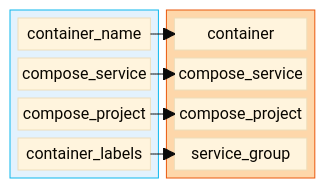
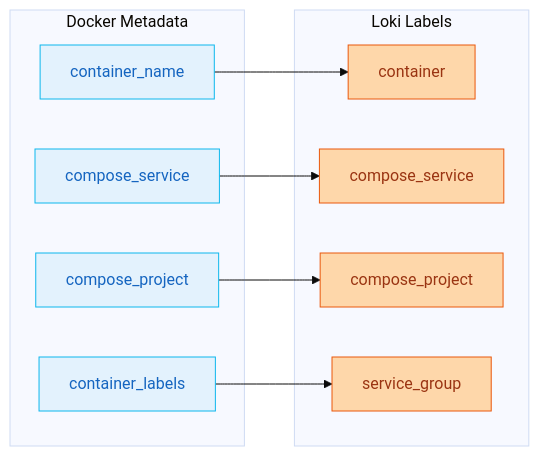
Before and after one commit to Mykyta-Home-Server/homeserver: the third of 3 diagrams in docs-site/src/content/docs/guides/monitoring.mdx, drawn with Mermaid (base theme). The commit also changed other lines of this file and 2 other files, not shown here.

First line of the commit message:
Fix Mermaid diagrams: switch from block-beta to flowchart

````diff
--- a/docs-site/src/content/docs/guides/monitoring.mdx
+++ b/docs-site/src/content/docs/guides/monitoring.mdx
@@ -165,28 +150,27 @@
 ```mermaid
-block-beta
-    columns 2
-
-    block:docker:1
-        columns 1
-        d1["container_name"]
-        d2["compose_service"]
-        d3["compose_project"]
-        d4["container_labels"]
+flowchart LR
+    subgraph Docker[Docker Metadata]
+        D1[container_name]
+        D2[compose_service]
+        D3[compose_project]
+        D4[container_labels]
     end
 
-    block:loki:1
-        columns 1
-        l1["container"]
-        l2["compose_service"]
-        l3["compose_project"]
-        l4["service_group"]
+    subgraph Loki[Loki Labels]
+        L1[container]
+        L2[compose_service]
+        L3[compose_project]
+        L4[service_group]
     end
 
-    d1 --> l1
-    d2 --> l2
-    d3 --> l3
-    d4 --> l4
+    D1 --> L1
+    D2 --> L2
+    D3 --> L3
+    D4 --> L4
 
-    style docker fill:#e3f2fd,stroke:#0db7ed
-    style loki fill:#fed7aa,stroke:#ea580c
+    classDef docker fill:#e3f2fd,stroke:#0db7ed,color:#1565c0
+    classDef loki fill:#fed7aa,stroke:#ea580c,color:#9a3412
+
+    class D1,D2,D3,D4 docker
+    class L1,L2,L3,L4 loki
 ```
````
